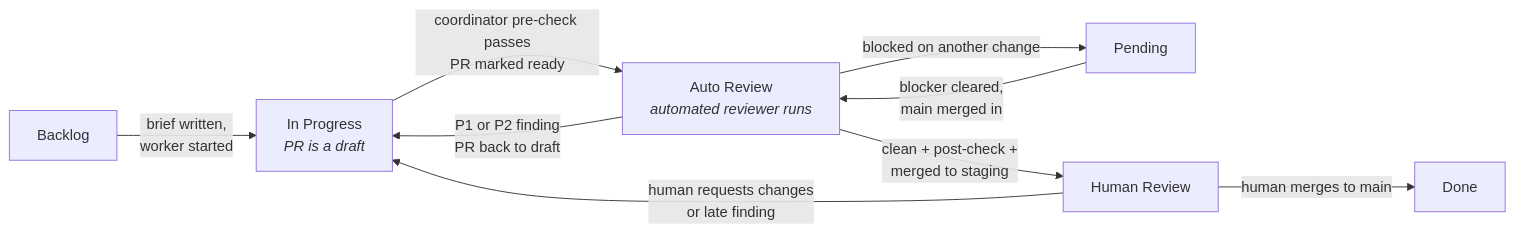
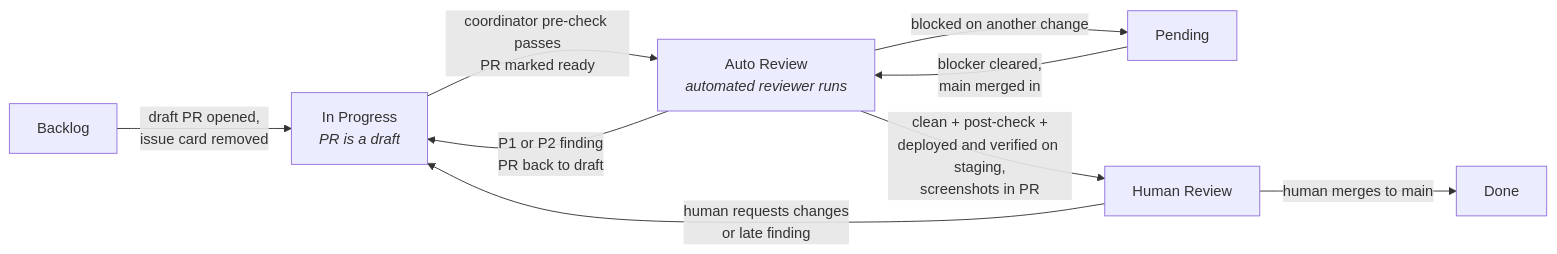
The diagram in diagrams-src/board.mmd (tangentcode/methodology), drawn with Mermaid before and after one commit. The commit also changed 10 other files, not shown here.

```diff
--- a/diagrams-src/board.mmd
+++ b/diagrams-src/board.mmd
@@ -1,9 +1,9 @@
 flowchart LR
-    B[Backlog] -->|brief written,<br/>worker started| IP[In Progress<br/><i>PR is a draft</i>]
+    B[Backlog] -->|draft PR opened,<br/>issue card removed| IP[In Progress<br/><i>PR is a draft</i>]
     IP -->|coordinator pre-check passes<br/>PR marked ready| AR[Auto Review<br/><i>automated reviewer runs</i>]
     AR -->|P1 or P2 finding<br/>PR back to draft| IP
     AR -->|blocked on another change| P[Pending]
     P -->|blocker cleared,<br/>main merged in| AR
-    AR -->|clean + post-check +<br/>merged to staging| HR[Human Review]
+    AR -->|clean + post-check +<br/>deployed and verified on staging,<br/>screenshots in PR| HR[Human Review]
     HR -->|human requests changes<br/>or late finding| IP
     HR -->|human merges to main| D[Done]
```
